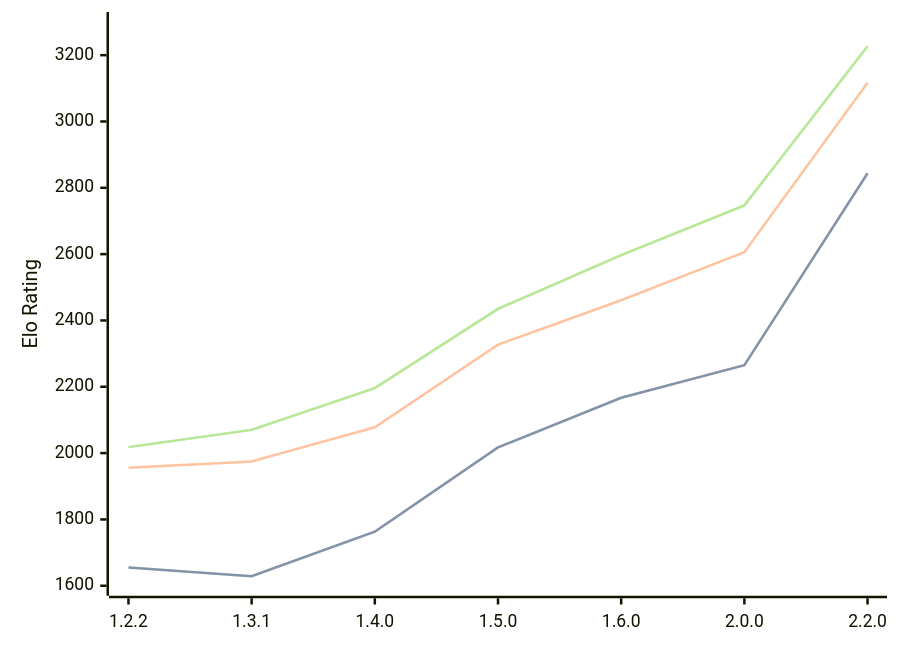
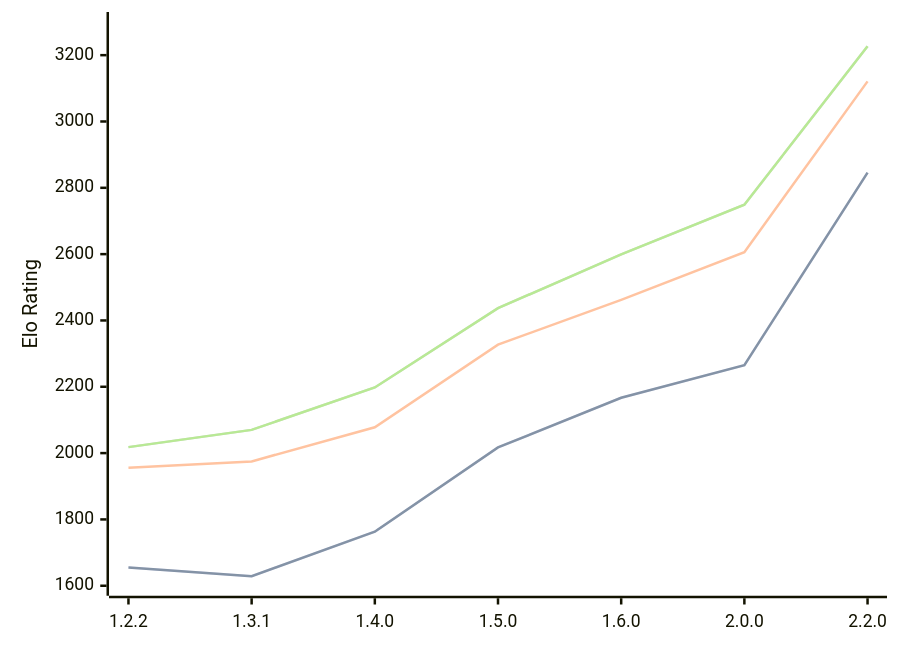
Before and after one commit to computer-chess-index/cci: the third of 3 diagrams in engines/SoloEngine.md, drawn with Mermaid. The commit also changed other lines of this file, not shown here.

Commit message:
Update CCI Ratings (ELO VLTC) - 2026-07-14

````diff
--- a/engines/SoloEngine.md
+++ b/engines/SoloEngine.md
@@ -71,11 +71,11 @@
 ```mermaid
 %%{init: {"theme":"base","themeVariables":{"seriesColors:['#a3a3a3','#222221','#faa371']}}}%%
 xychart-beta
   x-axis ["1.2.2", "1.3.1", "1.4.0", "1.5.0", "1.6.0", "2.0.0", "2.2.0"]
   y-axis "Elo Rating" 1600 --> 3300
-  line "STC (8.0+0.08s)" [1655, 1629, 1763, 2017, 2167, 2265, 2844]
-  line "STC (8.0+0.08s)" [1655, 1629, 1763, 2017, 2167, 2265, 2844]
-  line "LTC (60.0+0.60s)" [1956, 1975, 2078, 2327, 2461, 2606, 3117]
-  line "VLTC (2m24s+1.12s)" [2018, 2070, 2196, 2435, 2597, 2747, 3227]
-  line "VLTC (2m24s+1.12s)" [2018, 2070, 2196, 2435, 2597, 2747, 3227]
+  line "STC (8.0+0.08s)" [1655, 1629, 1763, 2017, 2167, 2265, 2846]
+  line "STC (8.0+0.08s)" [1655, 1629, 1763, 2017, 2167, 2265, 2846]
+  line "LTC (60.0+0.60s)" [1956, 1975, 2078, 2327, 2462, 2606, 3121]
+  line "VLTC (2m24s+1.12s)" [2018, 2070, 2198, 2437, 2599, 2749, 3227]
+  line "VLTC (2m24s+1.12s)" [2018, 2070, 2198, 2437, 2599, 2749, 3227]
 ```
````
